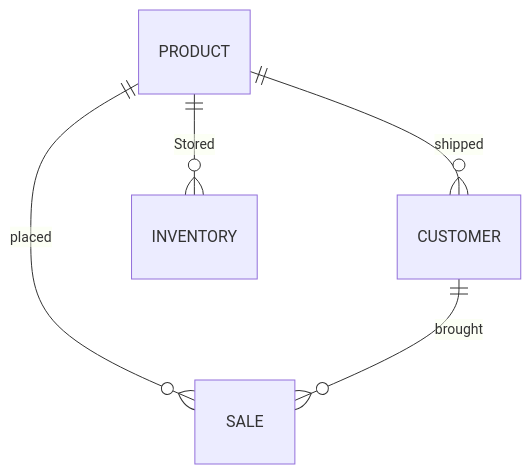
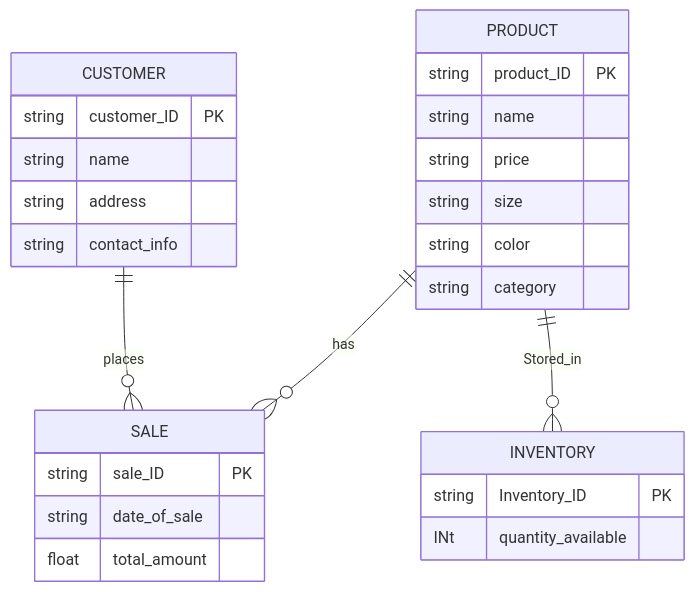
The diagram in NikeStore_ERD.md (bullock365/bullock365nikestore.github.io), drawn with Mermaid before and after one commit. The commit also changed other lines of this file, not shown here.

Commit message:
Update NikeStore_ERD.md
created erdiagram on NIke shoe store

````diff
--- a/NikeStore_ERD.md
+++ b/NikeStore_ERD.md
@@ -3,16 +3,30 @@
 ```mermaid
 erDiagram
  PRODUCT {
+string product_ID PK
+string name
+string price
+string size
+string color
+string category 
  }
  CUSTOMER {
+ string customer_ID  PK
+ string name
+ string address
+ string contact_info  
 
- }
- SALE{
+}
+ SALE {
+ string sale_ID  PK
+ string date_of_sale
+ float total_amount  
  }
  INVENTORY{
+ string Inventory_ID  PK
+ INt quantity_available  
 } 
-PRODUCT ||--O{ SALE : placed 
-CUSTOMER ||--O{ SALE :brought
-PRODUCT ||--O{ INVENTORY : Stored
-PRODUCT ||--o{ CUSTOMER : shipped
+PRODUCT ||--O{ SALE : has  
+CUSTOMER ||--O{ SALE :places
+PRODUCT ||--O{ INVENTORY : Stored_in  
 ```
````
